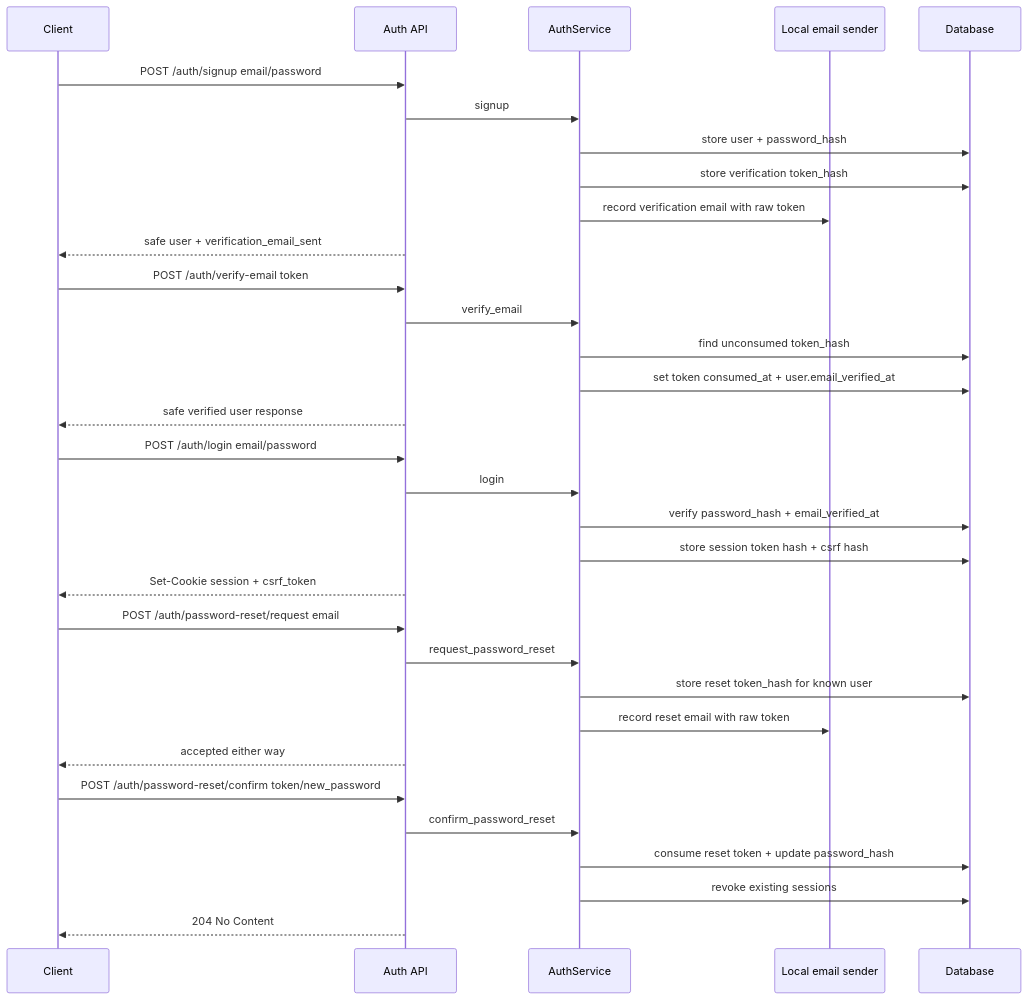
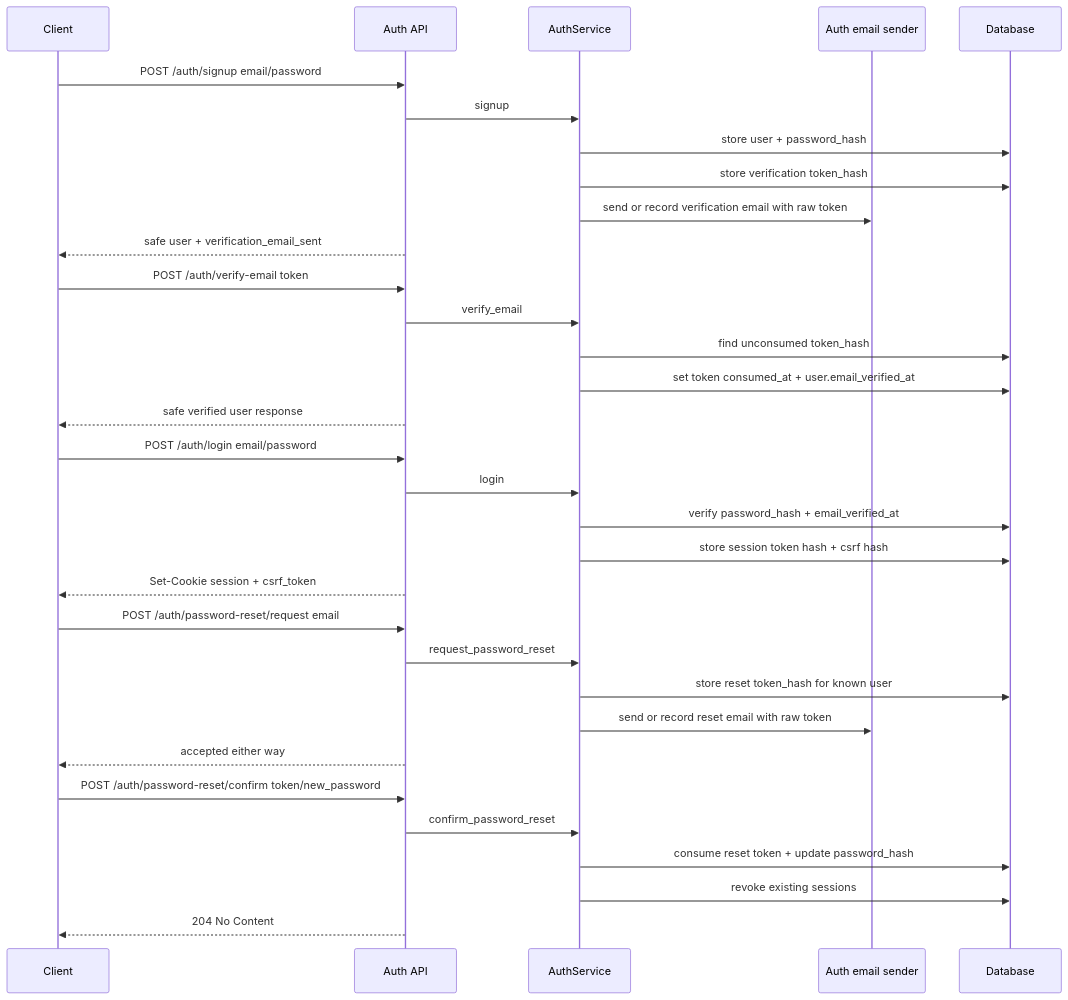
One commit to heecheon92/my-agents changed the diagram in docs/product-chat-service/en/02-first-party-auth-sessions.md. Above: the diagram before and after it, drawn with Mermaid. The commit also changed other lines of this file and 6 other files, not shown here.

````diff
--- a/docs/product-chat-service/en/02-first-party-auth-sessions.md
+++ b/docs/product-chat-service/en/02-first-party-auth-sessions.md
@@ -52,39 +55,39 @@
 ```mermaid
 sequenceDiagram
     participant C as Client
     participant A as Auth API
     participant S as AuthService
-    participant E as Local email sender
+    participant E as Auth email sender
     participant DB as Database
 
     C->>A: POST /auth/signup email/password
     A->>S: signup
     S->>DB: store user + password_hash
     S->>DB: store verification token_hash
-    S->>E: record verification email with raw token
+    S->>E: send or record verification email with raw token
     A-->>C: safe user + verification_email_sent
 
     C->>A: POST /auth/verify-email token
     A->>S: verify_email
     S->>DB: find unconsumed token_hash
     S->>DB: set token consumed_at + user.email_verified_at
     A-->>C: safe verified user response
 
     C->>A: POST /auth/login email/password
     A->>S: login
     S->>DB: verify password_hash + email_verified_at
     S->>DB: store session token hash + csrf hash
     A-->>C: Set-Cookie session + csrf_token
 
     C->>A: POST /auth/password-reset/request email
     A->>S: request_password_reset
     S->>DB: store reset token_hash for known user
-    S->>E: record reset email with raw token
+    S->>E: send or record reset email with raw token
     A-->>C: accepted either way
 
     C->>A: POST /auth/password-reset/confirm token/new_password
     A->>S: confirm_password_reset
     S->>DB: consume reset token + update password_hash
     S->>DB: revoke existing sessions
     A-->>C: 204 No Content
 ```
````
